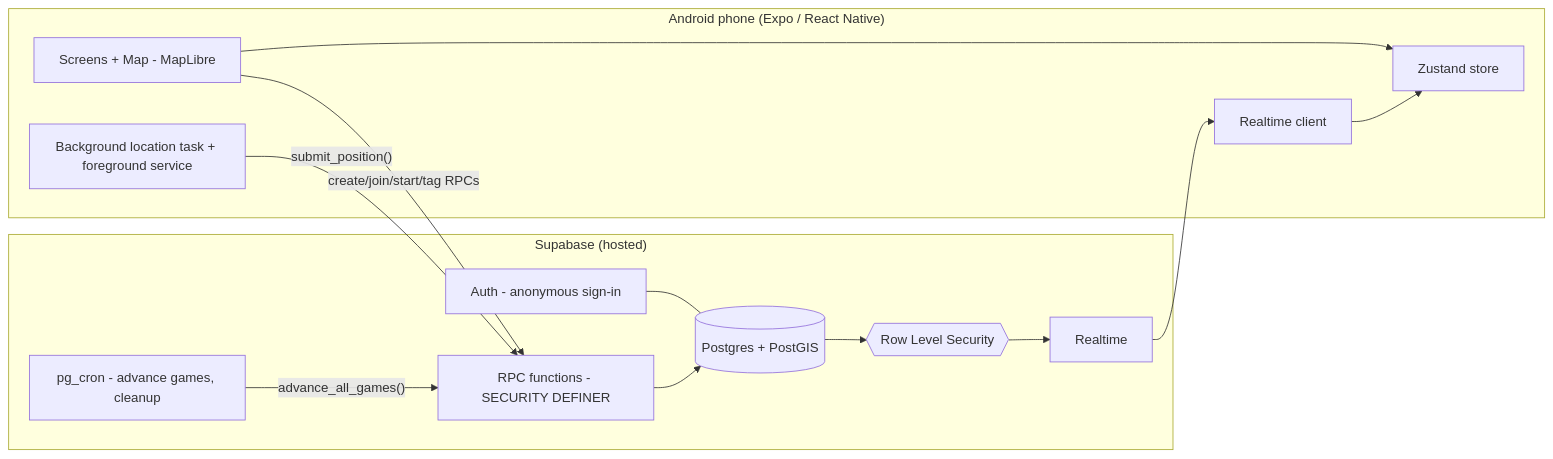
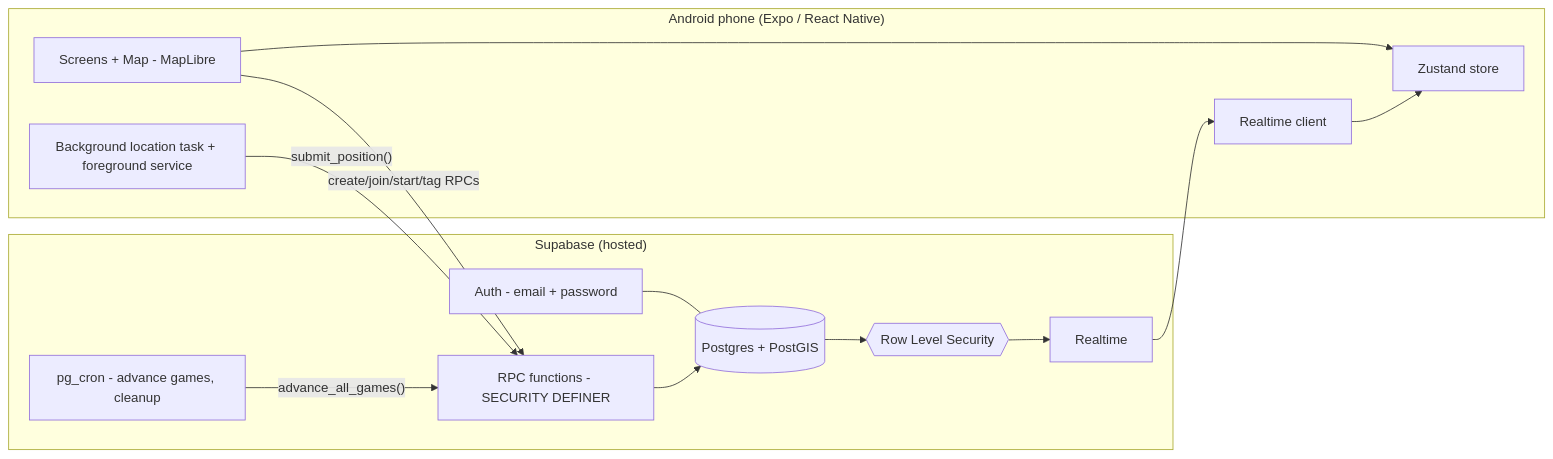
One commit to ArshvirSk/GhostRun changed the diagram in docs/TRD.md. Above: the diagram before and after it, drawn with Mermaid. The commit also changed other lines of this file and 3 other files, not shown here.

First line of the commit message:
Document email/password onboarding

````diff
--- a/docs/TRD.md
+++ b/docs/TRD.md
@@ -9,24 +9,24 @@
 ```mermaid
 flowchart LR
   subgraph Phone["Android phone (Expo / React Native)"]
     UI[Screens + Map - MapLibre]
     BG[Background location task + foreground service]
     RT[Realtime client]
     ST[Zustand store]
   end
   subgraph SB["Supabase (hosted)"]
-    AUTH[Auth - anonymous sign-in]
+    AUTH[Auth - email + password]
     DB[(Postgres + PostGIS)]
     RPC[RPC functions - SECURITY DEFINER]
     RLS{{Row Level Security}}
     RTS[Realtime]
     CRON[pg_cron - advance games, cleanup]
   end
   UI --> ST
   BG -- "submit_position()" --> RPC
   UI -- "create/join/start/tag RPCs" --> RPC
   RPC --> DB
   CRON -- "advance_all_games()" --> RPC
   DB --> RLS --> RTS --> RT --> ST
   AUTH --- DB
 ```
````
